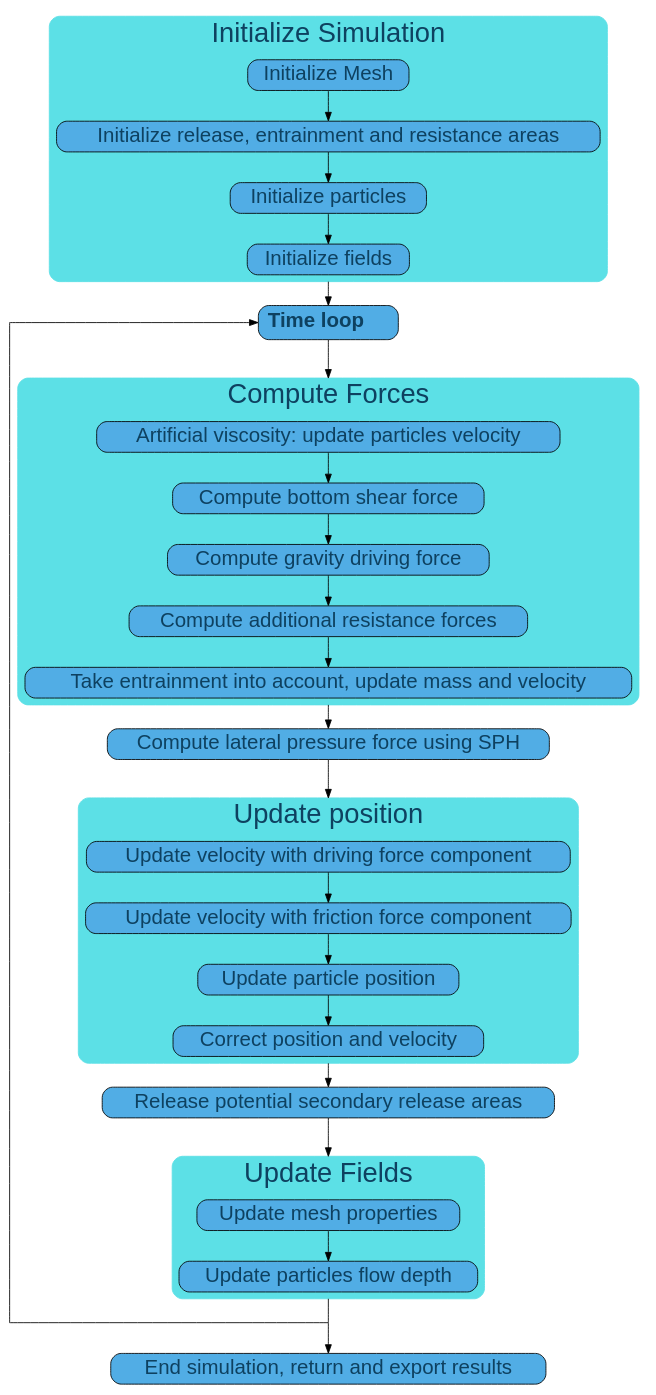
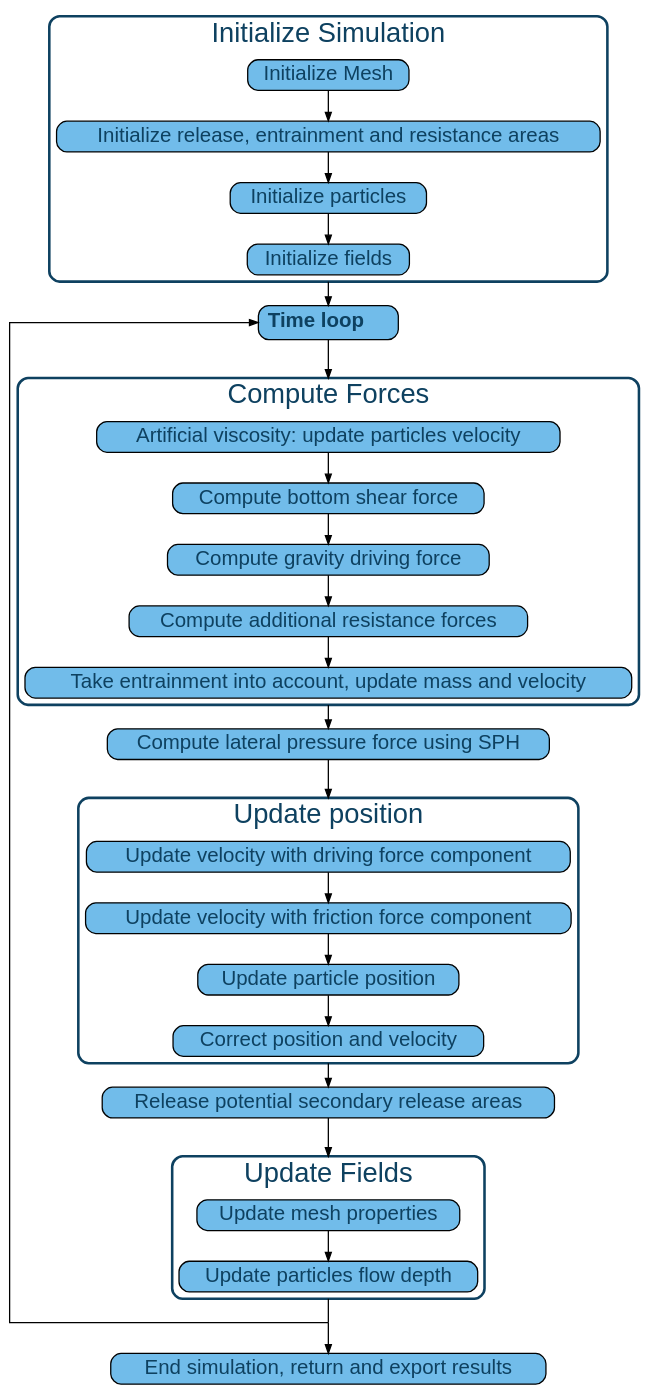
Before and after one commit to avaframe/AvaFrame: the diagram in docs/com1DFAAlgorithmGraph.dot, drawn with Graphviz. The commit also changed 5 other files, not shown here.

```diff
--- a/docs/com1DFAAlgorithmGraph.dot
+++ b/docs/com1DFAAlgorithmGraph.dot
@@ -1,137 +1,142 @@
 
 digraph "com1DFA algorithm graph" {
   /* compound=true; */
   newrank=true;
   size="100,100";
   rankdir="TB";
   graph [compound=true, ranksep=0.5, splines=ortho, fontname="helvetica", fontsize="32" fontcolor="#0E4160"];
-  node [shape=box style="rounded,filled" fontsize=24 fontcolor="#0E4160" fontname="helvetica" fillcolor="#51ADE5"];
-  edge [fontname="helvetica", fontsize="18"];
+  /* subgraph [compound=true, ranksep=0.5, splines=ortho, fontname="helvetica", fontsize="32" fontcolor="#0E4160"]; */
+  node [shape=box style="rounded,filled" fontsize=24 fontcolor="#0E4160" fontname="helvetica" fillcolor="#51ADE5cf" penwidth=1.5];
+  edge [fontname="helvetica", fontsize="18" penwidth=1.5];
 
   prepareMesh [label="Initialize Mesh", href="../com1DFAAlgorithm.html#initialize-mesh" tooltip="Go to: initialize mesh" target="_top"];
 
   prepareAreas [label= "Initialize release, entrainment and resistance areas",
   href="../com1DFAAlgorithm.html#initialize-release-entrainment-and-resistance-areas" tooltip="Go to: release... initialization" target="_top"];
 
   initializeParticles [label="Initialize particles", href="../com1DFAAlgorithm.html#initialize-particles" tooltip="Go to: particle initialization" target="_top"];
 
   initializeFields [label="Initialize fields", href="../com1DFAAlgorithm.html#initialize-fields" tooltip="Go to: Initialize fields" target="_top"];
 
   timeLoop [label=<
     <table border="0" cellborder="0" cellspacing="1">
      <tr><td align="left"><b>Time loop </b></td></tr>
     </table>>, href="../com1DFAAlgorithm.html#time-scheme-and-iterations" tooltip="Go to: Time scheme" target="_top"];
 
   endTimeLoop [width=0 shape=point label=""];
   intermediate0 [width=0 shape=point label=""];
   intermediate1 [width=0 shape=point label=""];
   intermediate2 [width=0 shape=point label=""];
 
 
   artifViscosity [label="Artificial viscosity: update particles velocity",
   href="../com1DFAAlgorithm.html#artificial-viscosity" tooltip="Go to: Artificial viscosity" target="_top"];
 
   computeFrictForce [label="Compute bottom shear force",
   href="../theoryCom1DFA.html#compute-friction-forces"];
 
   computeGravityForce [label="Compute gravity driving force",
   href="../com1DFAAlgorithm.html#compute-body-driving-force" tooltip="Go to: Gravity force" target="_top"];
 
   computeResForce [label="Compute additional resistance forces",
   href="../com1DFAAlgorithm.html#added-resistance-force" tooltip="Go to: Additional resistance" target="_top"];
 
   updateMassEntr [label="Take entrainment into account, update mass and velocity",
   href="../com1DFAAlgorithm.html#take-entrainment-into-account" tooltip="Go to: Add entrained mass" target="_top"];
 
   computeSPHForce [label="Compute lateral pressure force using SPH",
   href="../DFAnumerics.html#sph-gradient" title="Go to: Add lateral pressure force" target="_top"];
 
   updateVelocityDrive [label="Update velocity with driving force component",
   href="../com1DFAAlgorithm.html#update-position" tooltip="Go to: Update Position" target="_top"];
 
   updateVelocityFrict [label="Update velocity with friction force component",
   href="../com1DFAAlgorithm.html#update-position" tooltip="Go to: Update Position" target="_top"];
 
   updatePartPos [label="Update particle position",
   href="../com1DFAAlgorithm.html#update-position" tooltip="Go to: Update Position" target="_top"];
 
   correctPartPos [label="Correct position and velocity",
   href="../com1DFAAlgorithm.html#update-position" tooltip="Go to: Update Position" target="_top"];
 
   addSecRelease [label="Release potential secondary release areas",
   href="../com1DFAAlgorithm.html#add-secondary-release-area" tooltip="Go to: Secondary release" target="_top"];
 
   updateFields [label="Update mesh properties",
   href="../com1DFAAlgorithm.html#update-fields" tooltip="Go to: Update fields" target="_top"];
 
   updateParticlesFlowDepth [label="Update particles flow depth",
   href="../com1DFAAlgorithm.html#update-fields" tooltip="Go to: Update fields" target="_top"];
 
   endSimulation [label="End simulation, return and export results",
   href="../com1DFAAlgorithm.html#simulation-outputs" tooltip="Go to: Simulation outputs" target="_top"];
 
 
   initializeFields -> timeLoop [weight=10,ltail=cluster_initialization];
   timeLoop -> intermediate0 [weight=10, arrowhead=none];
   intermediate0 -> artifViscosity [weight=10,lhead=cluster_Forces];
   updateMassEntr -> computeSPHForce [weight=10, ltail=cluster_Forces];
   computeSPHForce -> intermediate1 [weight=10, arrowhead=none];
   intermediate1 -> updateVelocityDrive [weight=10,lhead=cluster_2];
   correctPartPos -> addSecRelease [weight=10,ltail=cluster_2];
   addSecRelease -> intermediate2 [weight=10, arrowhead=none];
   intermediate2 -> updateFields [weight=10,lhead=cluster_3];
   updateParticlesFlowDepth -> endTimeLoop [weight=10,ltail=cluster_3, arrowhead=none];
   endTimeLoop -> endSimulation [weight=10];
   endTimeLoop -> timeLoop [weight=1, constraint=false];
 
 
   /* prepareMesh -> timeLoop [weight=10,ltail=cluster_initialization];
   timeLoop -> artifViscosity [weight=10,lhead=cluster_Forces];
   artifViscosity -> computeSPHForce [weight=10, ltail=cluster_Forces];
   computeSPHForce -> updateVelocityDrive [weight=10,lhead=cluster_2];
   updateVelocityDrive -> addSecRelease [weight=10,ltail=cluster_2];
   addSecRelease -> updateFields [weight=10,lhead=cluster_3];
   updateFields -> endTimeLoop [weight=10,ltail=cluster_3, arrowhead=none];
   endTimeLoop -> endSimulation [weight=10];
   endTimeLoop -> timeLoop [weight=1, constraint=false]; */
 
   subgraph cluster_initialization {
     /* rank=same; */
-    style="rounded,filled";
-    color="#5CE0E6";
+    style="rounded";
+    color="#0E4160";
+    penwidth=3;
     prepareMesh -> prepareAreas[weight=10];
     prepareAreas -> initializeParticles[weight=10];
     initializeParticles -> initializeFields[weight=10];
     label = "Initialize Simulation";
   }
 
   subgraph cluster_Forces {
     /* rank=same; */
-    style="rounded,filled";
-    color="#5CE0E6";
+    style="rounded";
+    color="#0E4160";
+    penwidth=3;
     artifViscosity -> computeFrictForce[weight=10];
     computeFrictForce -> computeGravityForce[weight=10];
     computeGravityForce -> computeResForce[weight=10];
     computeResForce -> updateMassEntr[weight=10];
     label = "Compute Forces";
   }
 
   subgraph cluster_2 {
     /* rank=same; */
     updateVelocityDrive -> updateVelocityFrict [weight=10];
     updateVelocityFrict -> updatePartPos [weight=10];
     updatePartPos -> correctPartPos [weight=10];
     href="../com1DFAAlgorithm.html#update-position" tooltip="Go to: Update Position" target="_top"
     label = "Update position";
-    style="rounded,filled";
-    color="#5CE0E6";
+    style="rounded";
+    color="#0E4160";
+    penwidth=3;
   }
   subgraph cluster_3 {
     /* rank=same; */
     updateFields -> updateParticlesFlowDepth [weight=10];
     label = "Update Fields";
-    style="rounded,filled";
-    color="#5CE0E6";
+    style="rounded";
+    color="#0E4160";
+    penwidth=3;
   }
 
    }
```
